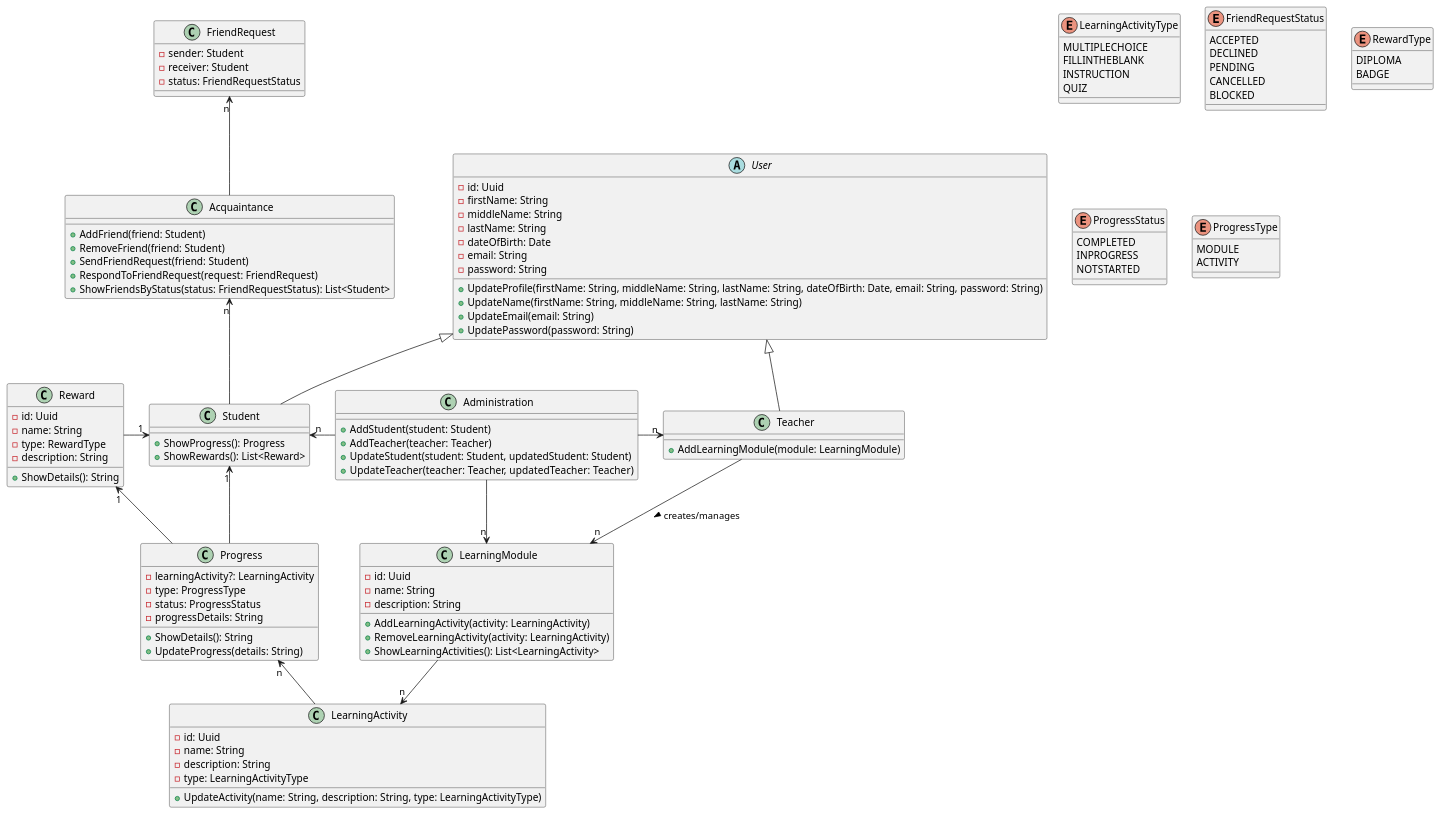
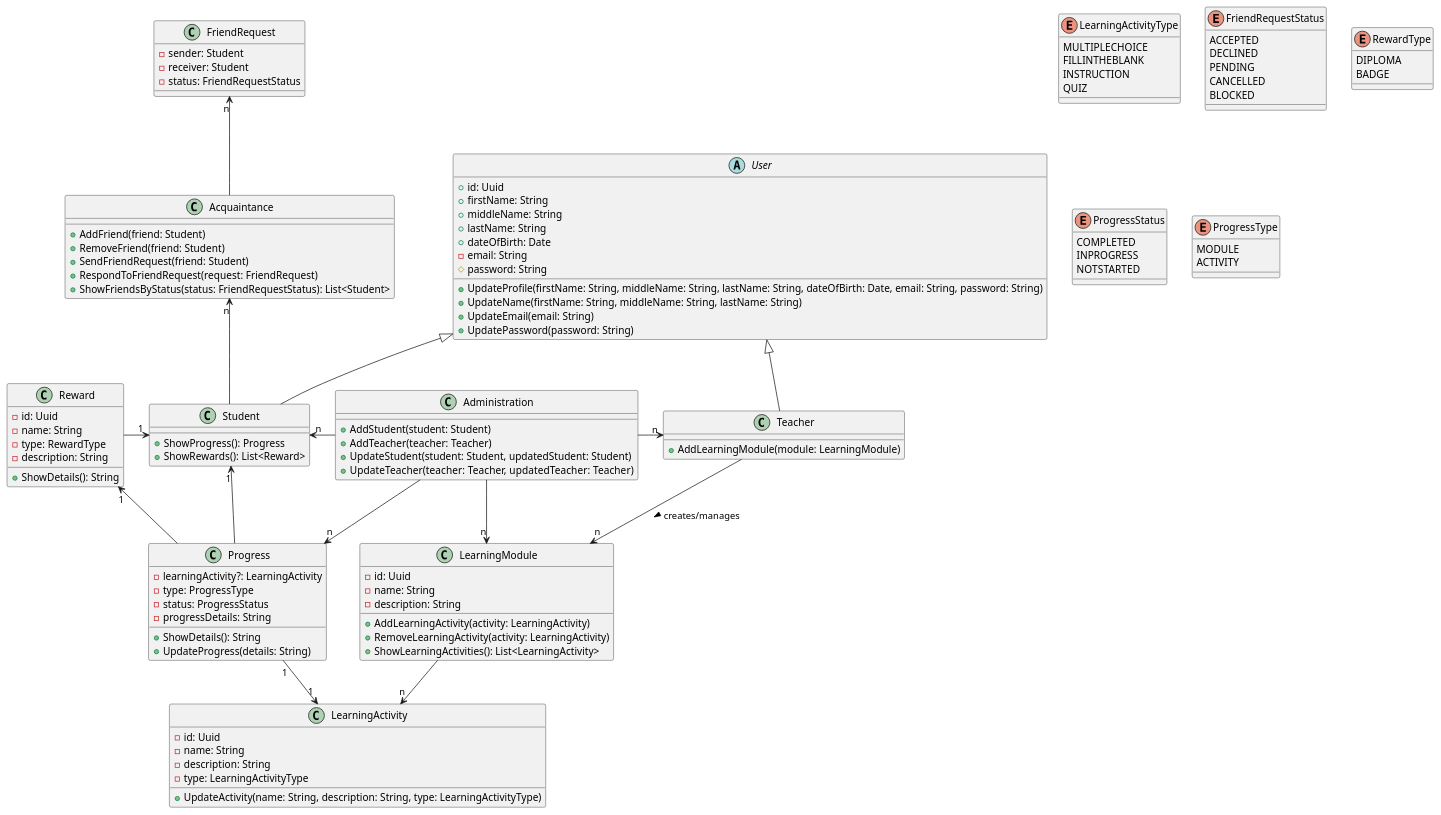
Before and after one commit to janvanhest/ap2-cmk: the diagram in doc/Analyses_and_design/classDiagram.puml, drawn with PlantUML. The commit also changed 1 other file, not shown here.

```diff
--- a/doc/Analyses_and_design/classDiagram.puml
+++ b/doc/Analyses_and_design/classDiagram.puml
@@ -1,127 +1,128 @@
 @startuml
 
 enum LearningActivityType {
     MULTIPLECHOICE
     FILLINTHEBLANK
     INSTRUCTION
     QUIZ
 }
 
 enum FriendRequestStatus {
     ACCEPTED
     DECLINED
     PENDING
     CANCELLED
     BLOCKED
 }
 
 enum RewardType {
     DIPLOMA
     BADGE
 }
 
 enum ProgressStatus {
     COMPLETED
     INPROGRESS
     NOTSTARTED
 }
 
 enum ProgressType {
     MODULE
     ACTIVITY
 }
 
 ' Base class for common user attributes
 abstract class User {
-    -id: Uuid
-    -firstName: String
-    -middleName: String
-    -lastName: String
-    -dateOfBirth: Date
+    +id: Uuid
+    +firstName: String
+    +middleName: String
+    +lastName: String
+    +dateOfBirth: Date
     -email: String
-    -password: String
+    #password: String
     +UpdateProfile(firstName: String, middleName: String, lastName: String, dateOfBirth: Date, email: String, password: String)
     +UpdateName(firstName: String, middleName: String, lastName: String)
     +UpdateEmail(email: String)
     +UpdatePassword(password: String)
 }
 
 class Administration {
     +AddStudent(student: Student)
     +AddTeacher(teacher: Teacher)
     +UpdateStudent(student: Student, updatedStudent: Student)
     +UpdateTeacher(teacher: Teacher, updatedTeacher: Teacher)
 }
 
 class Teacher extends User {
     +AddLearningModule(module: LearningModule)
 }
 
 class Student extends User {
     +ShowProgress(): Progress
     +ShowRewards(): List<Reward>
 }
 
 class LearningModule {
     -id: Uuid
     -name: String
     -description: String
     +AddLearningActivity(activity: LearningActivity)
     +RemoveLearningActivity(activity: LearningActivity)
     +ShowLearningActivities(): List<LearningActivity>
 }
 
 
 class LearningActivity {
     -id: Uuid
     -name: String
     -description: String
     -type: LearningActivityType
     +UpdateActivity(name: String, description: String, type: LearningActivityType)
 }
 
 class Reward {
     -id: Uuid
     -name: String
     -type: RewardType
     -description: String
     +ShowDetails(): String
 }
 
 class Progress {
     -learningActivity?: LearningActivity
     -type: ProgressType
     -status: ProgressStatus
     -progressDetails: String
     +ShowDetails(): String
     +UpdateProgress(details: String)
 }
 
 class Acquaintance {
     +AddFriend(friend: Student)
     +RemoveFriend(friend: Student)
     +SendFriendRequest(friend: Student)
     +RespondToFriendRequest(request: FriendRequest)
     +ShowFriendsByStatus(status: FriendRequestStatus): List<Student>
 }
 
 class FriendRequest {
     -sender: Student
     -receiver: Student
     -status: FriendRequestStatus
 }
 
 Administration -left-> "n" Student
+Administration --> "n" Progress
 Administration -right-> "n" Teacher
 Administration -down-> "n" LearningModule
 LearningModule -right-> "n" LearningActivity
-Progress "n" <-down- LearningActivity
+Progress "1" -down-> "1" LearningActivity
 Reward "1" <-down- Progress
 Student -up-> "n" Acquaintance
 Teacher -down-> "n" LearningModule : creates/manages >
 Student "1" <-down- Progress
 Student "1" <-left- Reward
 Acquaintance -up-> "n" FriendRequest
 ' Adminstration -> Progress -> LearningModule // LearningActivity // user // reward
 
 @enduml
```
